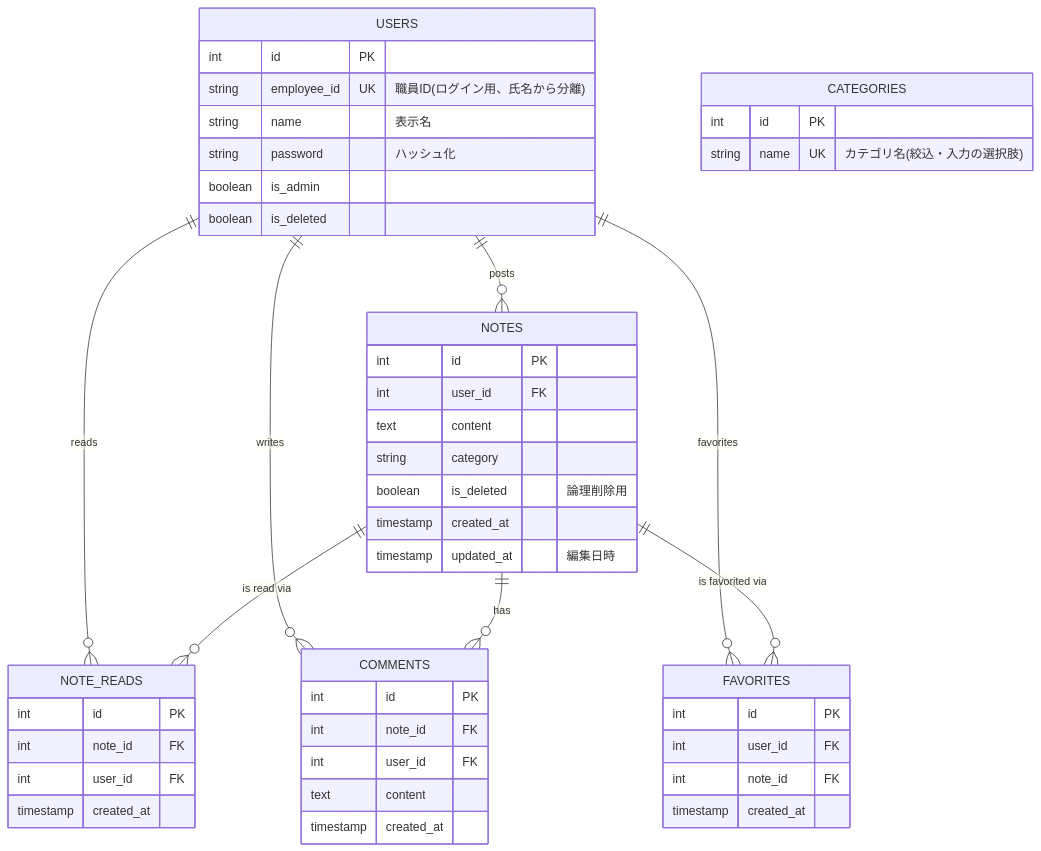
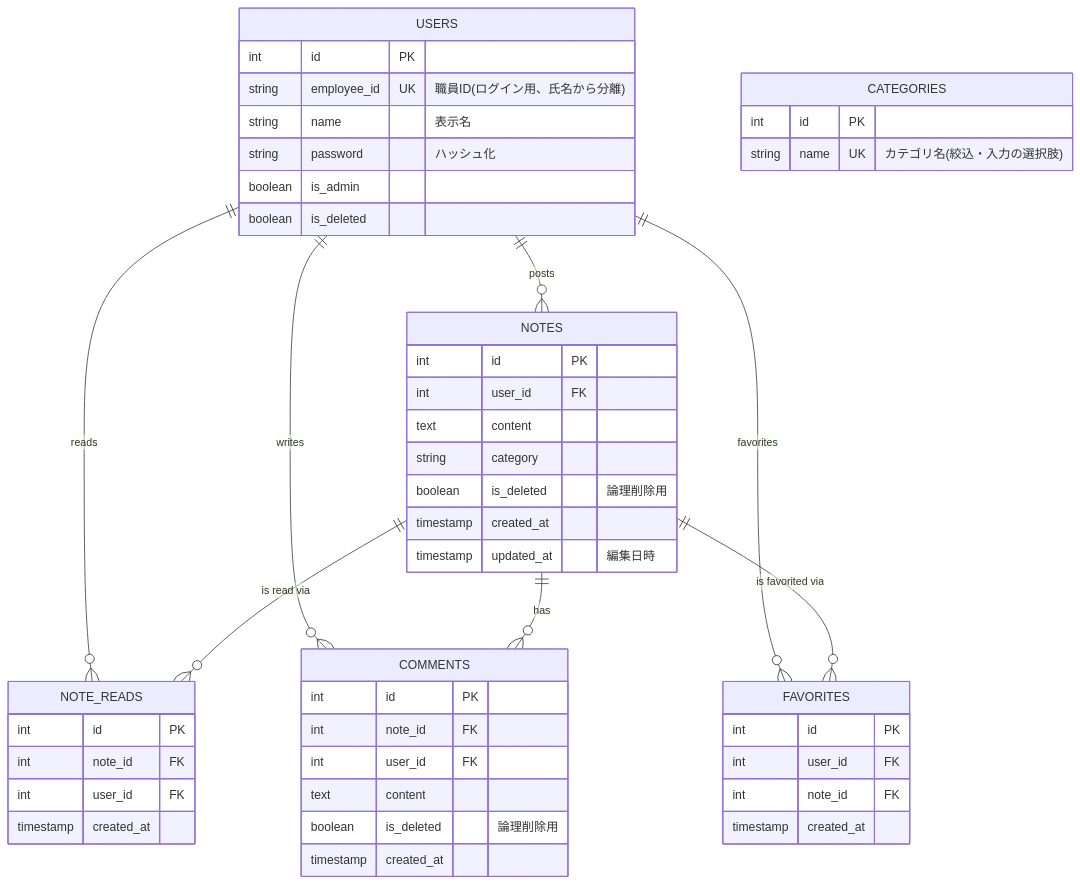
One commit to justayui/CommunicationNotebook changed the second of 2 diagrams in docs/requirements.md. Above: the diagram before and after it, drawn with Mermaid.

Commit message:
要件定義書のER図にcomments.is_deletedを追記

````diff
--- a/docs/requirements.md
+++ b/docs/requirements.md
@@ -305,51 +305,52 @@
 ```mermaid
 erDiagram
     USERS ||--o{ NOTES : "posts"
     USERS ||--o{ NOTE_READS : "reads"
     USERS ||--o{ COMMENTS : "writes"
     USERS ||--o{ FAVORITES : "favorites"
     NOTES ||--o{ NOTE_READS : "is read via"
     NOTES ||--o{ COMMENTS : "has"
     NOTES ||--o{ FAVORITES : "is favorited via"
 
     CATEGORIES {
         int id PK
         string name UK "カテゴリ名(絞込・入力の選択肢)"
     }
     USERS {
         int id PK
         string employee_id UK "職員ID(ログイン用、氏名から分離)"
         string name "表示名"
         string password "ハッシュ化"
         boolean is_admin
         boolean is_deleted
     }
     NOTES {
         int id PK
         int user_id FK
         text content
         string category
         boolean is_deleted "論理削除用"
         timestamp created_at
         timestamp updated_at "編集日時"
     }
     NOTE_READS {
         int id PK
         int note_id FK
         int user_id FK
         timestamp created_at
     }
     COMMENTS {
         int id PK
         int note_id FK
         int user_id FK
         text content
+        boolean is_deleted "論理削除用"
         timestamp created_at
     }
     FAVORITES {
         int id PK
         int user_id FK
         int note_id FK
         timestamp created_at
     }
 ```
````
